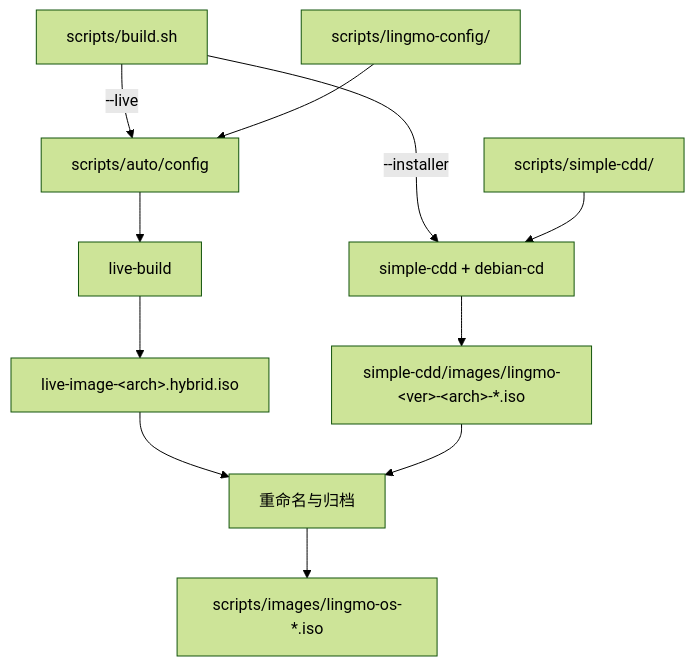
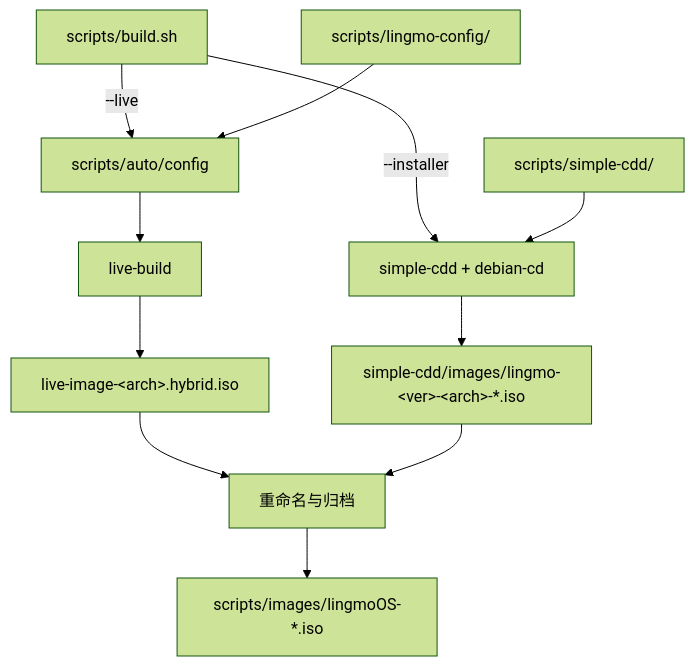
Before and after one commit to LingmoOS/lingmo-builder: the first of 3 diagrams in README.zh_CN.md, drawn with Mermaid (forest theme). The commit also changed other lines of this file and 3 other files, not shown here.

First line of the commit message:
build: name the images and releases lingmoOS-<version>

````diff
--- a/README.zh_CN.md
+++ b/README.zh_CN.md
@@ -11,24 +11,24 @@
 ```mermaid
 flowchart TB
     B["scripts/build.sh"]
     AC["scripts/auto/config"]
     CFG["scripts/lingmo-config/"]
     LB["live-build"]
     SC["scripts/simple-cdd/"]
     CDD["simple-cdd + debian-cd"]
     L1["live-image-&lt;arch&gt;.hybrid.iso"]
     L2["simple-cdd/images/lingmo-&lt;ver&gt;-&lt;arch&gt;-*.iso"]
     R["重命名与归档"]
-    OUT["scripts/images/lingmo-os-*.iso"]
+    OUT["scripts/images/lingmoOS-*.iso"]
 
     B -->|"--live"| AC
     CFG --> AC
     AC --> LB
     B -->|"--installer"| CDD
     SC --> CDD
     LB --> L1
     CDD --> L2
     L1 --> R
     L2 --> R
     R --> OUT
 ```
````
